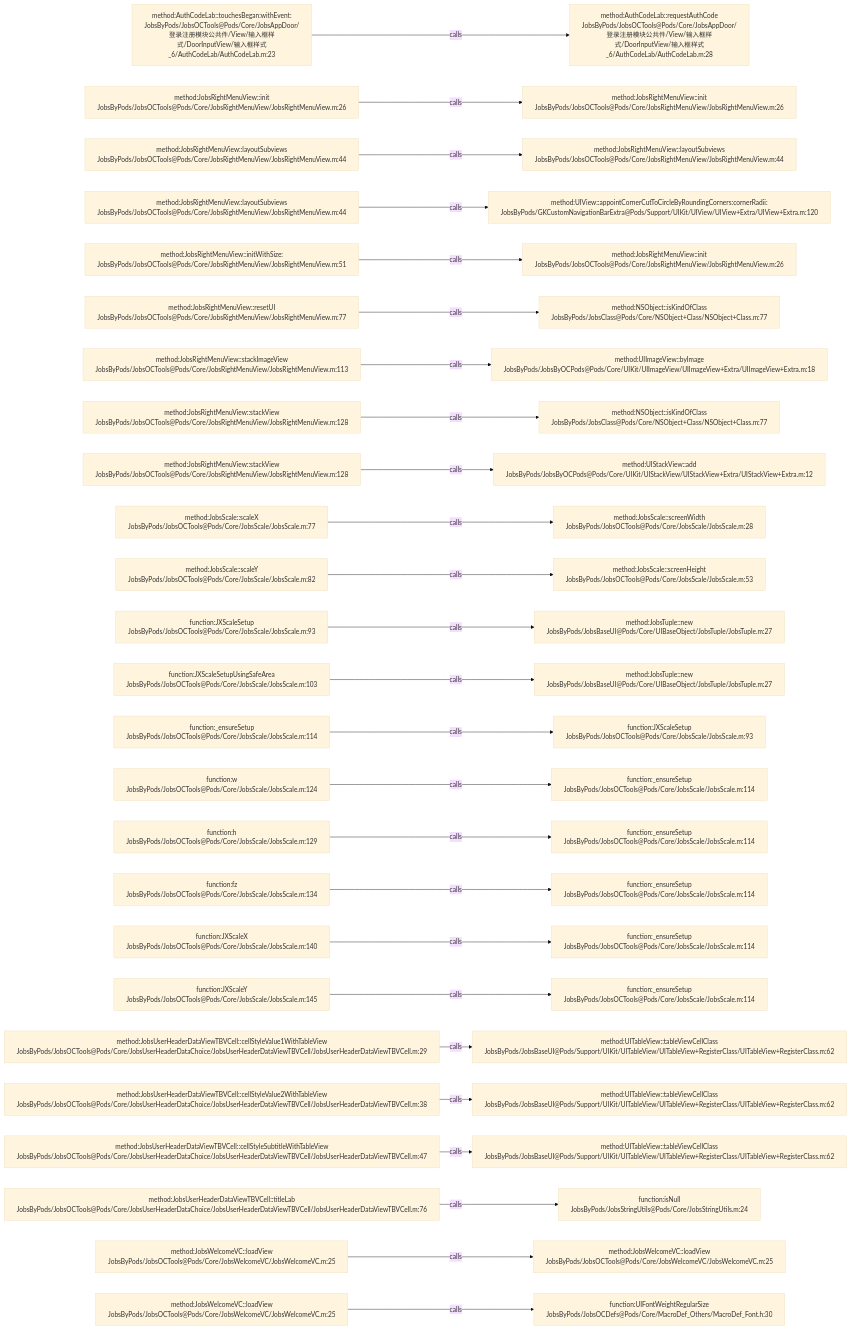
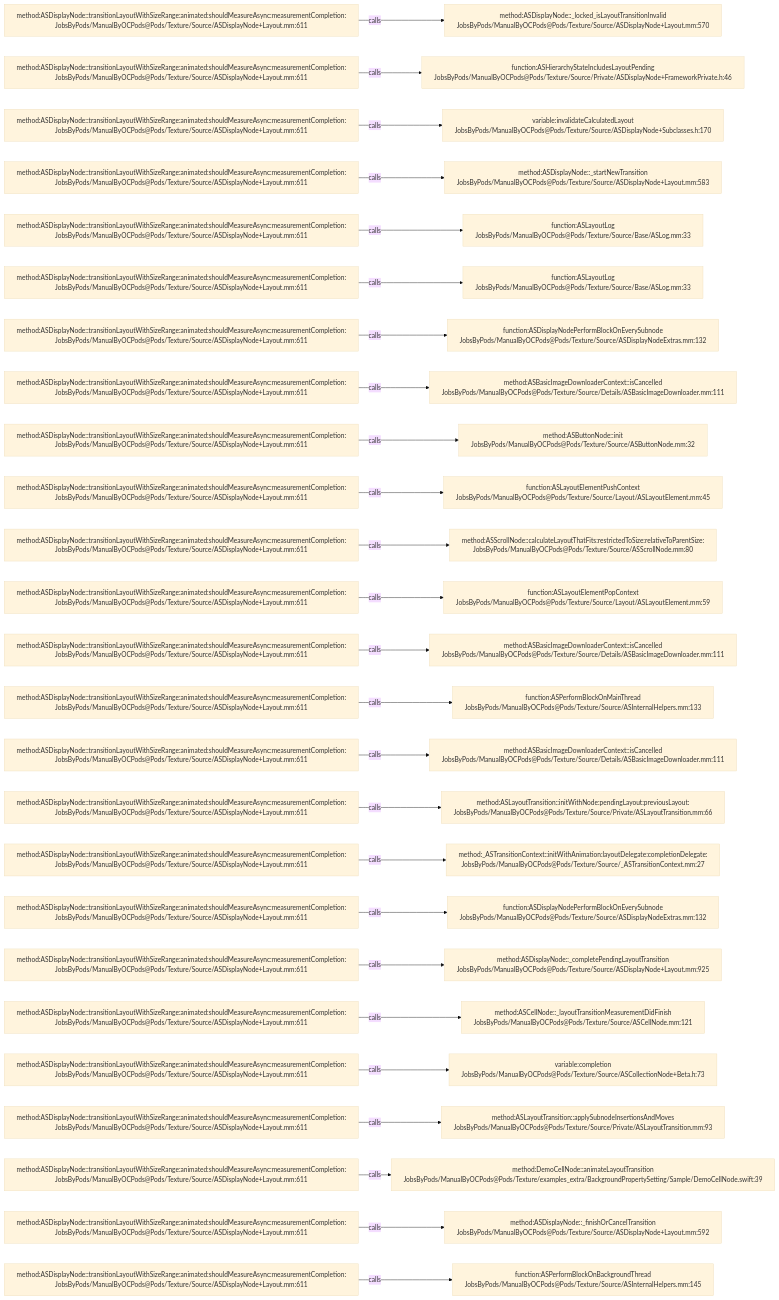
One commit to JobsKits/JobsOCBaseConfigDemo changed the diagram in .codegraph/codegraph.md/graphs/calls-100.md. Above: the diagram before and after it, drawn with Mermaid (base theme). The commit also changed 2162 other files, not shown here.

````diff
--- a/.codegraph/codegraph.md/graphs/calls-100.md
+++ b/.codegraph/codegraph.md/graphs/calls-100.md
@@ -13,78 +13,78 @@
 ```mermaid
 flowchart LR
-  S1["method:AuthCodeLab::touchesBegan:withEvent:<br/>JobsByPods/JobsOCTools@Pods/Core/JobsAppDoor/登录注册模块公共件/View/输入框样式/DoorInputView/输入框样式_6/AuthCodeLab/AuthCodeLab.m:23"]
-  T1["method:AuthCodeLab::requestAuthCode<br/>JobsByPods/JobsOCTools@Pods/Core/JobsAppDoor/登录注册模块公共件/View/输入框样式/DoorInputView/输入框样式_6/AuthCodeLab/AuthCodeLab.m:28"]
+  S1["method:ASDisplayNode::transitionLayoutWithSizeRange:animated:shouldMeasureAsync:measurementCompletion:<br/>JobsByPods/ManualByOCPods@Pods/Texture/Source/ASDisplayNode+Layout.mm:611"]
+  T1["method:ASDisplayNode::_locked_isLayoutTransitionInvalid<br/>JobsByPods/ManualByOCPods@Pods/Texture/Source/ASDisplayNode+Layout.mm:570"]
   S1 -->|calls| T1
-  S2["method:JobsRightMenuView::init<br/>JobsByPods/JobsOCTools@Pods/Core/JobsRightMenuView/JobsRightMenuView.m:26"]
-  T2["method:JobsRightMenuView::init<br/>JobsByPods/JobsOCTools@Pods/Core/JobsRightMenuView/JobsRightMenuView.m:26"]
+  S2["method:ASDisplayNode::transitionLayoutWithSizeRange:animated:shouldMeasureAsync:measurementCompletion:<br/>JobsByPods/ManualByOCPods@Pods/Texture/Source/ASDisplayNode+Layout.mm:611"]
+  T2["function:ASHierarchyStateIncludesLayoutPending<br/>JobsByPods/ManualByOCPods@Pods/Texture/Source/Private/ASDisplayNode+FrameworkPrivate.h:46"]
   S2 -->|calls| T2
-  S3["method:JobsRightMenuView::layoutSubviews<br/>JobsByPods/JobsOCTools@Pods/Core/JobsRightMenuView/JobsRightMenuView.m:44"]
-  T3["method:JobsRightMenuView::layoutSubviews<br/>JobsByPods/JobsOCTools@Pods/Core/JobsRightMenuView/JobsRightMenuView.m:44"]
+  S3["method:ASDisplayNode::transitionLayoutWithSizeRange:animated:shouldMeasureAsync:measurementCompletion:<br/>JobsByPods/ManualByOCPods@Pods/Texture/Source/ASDisplayNode+Layout.mm:611"]
+  T3["variable:invalidateCalculatedLayout<br/>JobsByPods/ManualByOCPods@Pods/Texture/Source/ASDisplayNode+Subclasses.h:170"]
   S3 -->|calls| T3
-  S4["method:JobsRightMenuView::layoutSubviews<br/>JobsByPods/JobsOCTools@Pods/Core/JobsRightMenuView/JobsRightMenuView.m:44"]
-  T4["method:UIView::appointCornerCutToCircleByRoundingCorners:cornerRadii:<br/>JobsByPods/GKCustomNavigationBarExtra@Pods/Support/UIKit/UIView/UIView+Extra/UIView+Extra.m:120"]
+  S4["method:ASDisplayNode::transitionLayoutWithSizeRange:animated:shouldMeasureAsync:measurementCompletion:<br/>JobsByPods/ManualByOCPods@Pods/Texture/Source/ASDisplayNode+Layout.mm:611"]
+  T4["method:ASDisplayNode::_startNewTransition<br/>JobsByPods/ManualByOCPods@Pods/Texture/Source/ASDisplayNode+Layout.mm:583"]
   S4 -->|calls| T4
-  S5["method:JobsRightMenuView::initWithSize:<br/>JobsByPods/JobsOCTools@Pods/Core/JobsRightMenuView/JobsRightMenuView.m:51"]
-  T5["method:JobsRightMenuView::init<br/>JobsByPods/JobsOCTools@Pods/Core/JobsRightMenuView/JobsRightMenuView.m:26"]
+  S5["method:ASDisplayNode::transitionLayoutWithSizeRange:animated:shouldMeasureAsync:measurementCompletion:<br/>JobsByPods/ManualByOCPods@Pods/Texture/Source/ASDisplayNode+Layout.mm:611"]
+  T5["function:ASLayoutLog<br/>JobsByPods/ManualByOCPods@Pods/Texture/Source/Base/ASLog.mm:33"]
   S5 -->|calls| T5
-  S6["method:JobsRightMenuView::resetUI<br/>JobsByPods/JobsOCTools@Pods/Core/JobsRightMenuView/JobsRightMenuView.m:77"]
-  T6["method:NSObject::isKindOfClass<br/>JobsByPods/JobsClass@Pods/Core/NSObject+Class/NSObject+Class.m:77"]
+  S6["method:ASDisplayNode::transitionLayoutWithSizeRange:animated:shouldMeasureAsync:measurementCompletion:<br/>JobsByPods/ManualByOCPods@Pods/Texture/Source/ASDisplayNode+Layout.mm:611"]
+  T6["function:ASLayoutLog<br/>JobsByPods/ManualByOCPods@Pods/Texture/Source/Base/ASLog.mm:33"]
   S6 -->|calls| T6
-  S7["method:JobsRightMenuView::stackImageView<br/>JobsByPods/JobsOCTools@Pods/Core/JobsRightMenuView/JobsRightMenuView.m:113"]
-  T7["method:UIImageView::byImage<br/>JobsByPods/JobsByOCPods@Pods/Core/UIKit/UIImageView/UIImageView+Extra/UIImageView+Extra.m:18"]
+  S7["method:ASDisplayNode::transitionLayoutWithSizeRange:animated:shouldMeasureAsync:measurementCompletion:<br/>JobsByPods/ManualByOCPods@Pods/Texture/Source/ASDisplayNode+Layout.mm:611"]
+  T7["function:ASDisplayNodePerformBlockOnEverySubnode<br/>JobsByPods/ManualByOCPods@Pods/Texture/Source/ASDisplayNodeExtras.mm:132"]
   S7 -->|calls| T7
-  S8["method:JobsRightMenuView::stackView<br/>JobsByPods/JobsOCTools@Pods/Core/JobsRightMenuView/JobsRightMenuView.m:128"]
-  T8["method:NSObject::isKindOfClass<br/>JobsByPods/JobsClass@Pods/Core/NSObject+Class/NSObject+Class.m:77"]
+  S8["method:ASDisplayNode::transitionLayoutWithSizeRange:animated:shouldMeasureAsync:measurementCompletion:<br/>JobsByPods/ManualByOCPods@Pods/Texture/Source/ASDisplayNode+Layout.mm:611"]
+  T8["method:ASBasicImageDownloaderContext::isCancelled<br/>JobsByPods/ManualByOCPods@Pods/Texture/Source/Details/ASBasicImageDownloader.mm:111"]
   S8 -->|calls| T8
-  S9["method:JobsRightMenuView::stackView<br/>JobsByPods/JobsOCTools@Pods/Core/JobsRightMenuView/JobsRightMenuView.m:128"]
-  T9["method:UIStackView::add<br/>JobsByPods/JobsByOCPods@Pods/Core/UIKit/UIStackView/UIStackView+Extra/UIStackView+Extra.m:12"]
+  S9["method:ASDisplayNode::transitionLayoutWithSizeRange:animated:shouldMeasureAsync:measurementCompletion:<br/>JobsByPods/ManualByOCPods@Pods/Texture/Source/ASDisplayNode+Layout.mm:611"]
+  T9["method:ASButtonNode::init<br/>JobsByPods/ManualByOCPods@Pods/Texture/Source/ASButtonNode.mm:32"]
   S9 -->|calls| T9
-  S10["method:JobsScale::scaleX<br/>JobsByPods/JobsOCTools@Pods/Core/JobsScale/JobsScale.m:77"]
-  T10["method:JobsScale::screenWidth<br/>JobsByPods/JobsOCTools@Pods/Core/JobsScale/JobsScale.m:28"]
+  S10["method:ASDisplayNode::transitionLayoutWithSizeRange:animated:shouldMeasureAsync:measurementCompletion:<br/>JobsByPods/ManualByOCPods@Pods/Texture/Source/ASDisplayNode+Layout.mm:611"]
+  T10["function:ASLayoutElementPushContext<br/>JobsByPods/ManualByOCPods@Pods/Texture/Source/Layout/ASLayoutElement.mm:45"]
   S10 -->|calls| T10
-  S11["method:JobsScale::scaleY<br/>JobsByPods/JobsOCTools@Pods/Core/JobsScale/JobsScale.m:82"]
-  T11["method:JobsScale::screenHeight<br/>JobsByPods/JobsOCTools@Pods/Core/JobsScale/JobsScale.m:53"]
+  S11["method:ASDisplayNode::transitionLayoutWithSizeRange:animated:shouldMeasureAsync:measurementCompletion:<br/>JobsByPods/ManualByOCPods@Pods/Texture/Source/ASDisplayNode+Layout.mm:611"]
+  T11["method:ASScrollNode::calculateLayoutThatFits:restrictedToSize:relativeToParentSize:<br/>JobsByPods/ManualByOCPods@Pods/Texture/Source/ASScrollNode.mm:80"]
   S11 -->|calls| T11
-  S12["function:JXScaleSetup<br/>JobsByPods/JobsOCTools@Pods/Core/JobsScale/JobsScale.m:93"]
-  T12["method:JobsTuple::new<br/>JobsByPods/JobsBaseUI@Pods/Core/UIBaseObject/JobsTuple/JobsTuple.m:27"]
+  S12["method:ASDisplayNode::transitionLayoutWithSizeRange:animated:shouldMeasureAsync:measurementCompletion:<br/>JobsByPods/ManualByOCPods@Pods/Texture/Source/ASDisplayNode+Layout.mm:611"]
+  T12["function:ASLayoutElementPopContext<br/>JobsByPods/ManualByOCPods@Pods/Texture/Source/Layout/ASLayoutElement.mm:59"]
   S12 -->|calls| T12
-  S13["function:JXScaleSetupUsingSafeArea<br/>JobsByPods/JobsOCTools@Pods/Core/JobsScale/JobsScale.m:103"]
-  T13["method:JobsTuple::new<br/>JobsByPods/JobsBaseUI@Pods/Core/UIBaseObject/JobsTuple/JobsTuple.m:27"]
+  S13["method:ASDisplayNode::transitionLayoutWithSizeRange:animated:shouldMeasureAsync:measurementCompletion:<br/>JobsByPods/ManualByOCPods@Pods/Texture/Source/ASDisplayNode+Layout.mm:611"]
+  T13["method:ASBasicImageDownloaderContext::isCancelled<br/>JobsByPods/ManualByOCPods@Pods/Texture/Source/Details/ASBasicImageDownloader.mm:111"]
   S13 -->|calls| T13
-  S14["function:_ensureSetup<br/>JobsByPods/JobsOCTools@Pods/Core/JobsScale/JobsScale.m:114"]
-  T14["function:JXScaleSetup<br/>JobsByPods/JobsOCTools@Pods/Core/JobsScale/JobsScale.m:93"]
+  S14["method:ASDisplayNode::transitionLayoutWithSizeRange:animated:shouldMeasureAsync:measurementCompletion:<br/>JobsByPods/ManualByOCPods@Pods/Texture/Source/ASDisplayNode+Layout.mm:611"]
+  T14["function:ASPerformBlockOnMainThread<br/>JobsByPods/ManualByOCPods@Pods/Texture/Source/ASInternalHelpers.mm:133"]
   S14 -->|calls| T14
-  S15["function:w<br/>JobsByPods/JobsOCTools@Pods/Core/JobsScale/JobsScale.m:124"]
-  T15["function:_ensureSetup<br/>JobsByPods/JobsOCTools@Pods/Core/JobsScale/JobsScale.m:114"]
+  S15["method:ASDisplayNode::transitionLayoutWithSizeRange:animated:shouldMeasureAsync:measurementCompletion:<br/>JobsByPods/ManualByOCPods@Pods/Texture/Source/ASDisplayNode+Layout.mm:611"]
+  T15["method:ASBasicImageDownloaderContext::isCancelled<br/>JobsByPods/ManualByOCPods@Pods/Texture/Source/Details/ASBasicImageDownloader.mm:111"]
   S15 -->|calls| T15
-  S16["function:h<br/>JobsByPods/JobsOCTools@Pods/Core/JobsScale/JobsScale.m:129"]
-  T16["function:_ensureSetup<br/>JobsByPods/JobsOCTools@Pods/Core/JobsScale/JobsScale.m:114"]
+  S16["method:ASDisplayNode::transitionLayoutWithSizeRange:animated:shouldMeasureAsync:measurementCompletion:<br/>JobsByPods/ManualByOCPods@Pods/Texture/Source/ASDisplayNode+Layout.mm:611"]
+  T16["method:ASLayoutTransition::initWithNode:pendingLayout:previousLayout:<br/>JobsByPods/ManualByOCPods@Pods/Texture/Source/Private/ASLayoutTransition.mm:66"]
   S16 -->|calls| T16
-  S17["function:fz<br/>JobsByPods/JobsOCTools@Pods/Core/JobsScale/JobsScale.m:134"]
-  T17["function:_ensureSetup<br/>JobsByPods/JobsOCTools@Pods/Core/JobsScale/JobsScale.m:114"]
+  S17["method:ASDisplayNode::transitionLayoutWithSizeRange:animated:shouldMeasureAsync:measurementCompletion:<br/>JobsByPods/ManualByOCPods@Pods/Texture/Source/ASDisplayNode+Layout.mm:611"]
+  T17["method:_ASTransitionContext::initWithAnimation:layoutDelegate:completionDelegate:<br/>JobsByPods/ManualByOCPods@Pods/Texture/Source/_ASTransitionContext.mm:27"]
   S17 -->|calls| T17
-  S18["function:JXScaleX<br/>JobsByPods/JobsOCTools@Pods/Core/JobsScale/JobsScale.m:140"]
-  T18["function:_ensureSetup<br/>JobsByPods/JobsOCTools@Pods/Core/JobsScale/JobsScale.m:114"]
+  S18["method:ASDisplayNode::transitionLayoutWithSizeRange:animated:shouldMeasureAsync:measurementCompletion:<br/>JobsByPods/ManualByOCPods@Pods/Texture/Source/ASDisplayNode+Layout.mm:611"]
+  T18["function:ASDisplayNodePerformBlockOnEverySubnode<br/>JobsByPods/ManualByOCPods@Pods/Texture/Source/ASDisplayNodeExtras.mm:132"]
   S18 -->|calls| T18
-  S19["function:JXScaleY<br/>JobsByPods/JobsOCTools@Pods/Core/JobsScale/JobsScale.m:145"]
-  T19["function:_ensureSetup<br/>JobsByPods/JobsOCTools@Pods/Core/JobsScale/JobsScale.m:114"]
+  S19["method:ASDisplayNode::transitionLayoutWithSizeRange:animated:shouldMeasureAsync:measurementCompletion:<br/>JobsByPods/ManualByOCPods@Pods/Texture/Source/ASDisplayNode+Layout.mm:611"]
+  T19["method:ASDisplayNode::_completePendingLayoutTransition<br/>JobsByPods/ManualByOCPods@Pods/Texture/Source/ASDisplayNode+Layout.mm:925"]
   S19 -->|calls| T19
-  S20["method:JobsUserHeaderDataViewTBVCell::cellStyleValue1WithTableView<br/>JobsByPods/JobsOCTools@Pods/Core/JobsUserHeaderDataChoice/JobsUserHeaderDataViewTBVCell/JobsUserHeaderDataViewTBVCell.m:29"]
-  T20["method:UITableView::tableViewCellClass<br/>JobsByPods/JobsBaseUI@Pods/Support/UIKit/UITableView/UITableView+RegisterClass/UITableView+RegisterClass.m:62"]
+  S20["method:ASDisplayNode::transitionLayoutWithSizeRange:animated:shouldMeasureAsync:measurementCompletion:<br/>JobsByPods/ManualByOCPods@Pods/Texture/Source/ASDisplayNode+Layout.mm:611"]
+  T20["method:ASCellNode::_layoutTransitionMeasurementDidFinish<br/>JobsByPods/ManualByOCPods@Pods/Texture/Source/ASCellNode.mm:121"]
   S20 -->|calls| T20
-  S21["method:JobsUserHeaderDataViewTBVCell::cellStyleValue2WithTableView<br/>JobsByPods/JobsOCTools@Pods/Core/JobsUserHeaderDataChoice/JobsUserHeaderDataViewTBVCell/JobsUserHeaderDataViewTBVCell.m:38"]
-  T21["method:UITableView::tableViewCellClass<br/>JobsByPods/JobsBaseUI@Pods/Support/UIKit/UITableView/UITableView+RegisterClass/UITableView+RegisterClass.m:62"]
+  S21["method:ASDisplayNode::transitionLayoutWithSizeRange:animated:shouldMeasureAsync:measurementCompletion:<br/>JobsByPods/ManualByOCPods@Pods/Texture/Source/ASDisplayNode+Layout.mm:611"]
+  T21["variable:completion<br/>JobsByPods/ManualByOCPods@Pods/Texture/Source/ASCollectionNode+Beta.h:73"]
   S21 -->|calls| T21
-  S22["method:JobsUserHeaderDataViewTBVCell::cellStyleSubtitleWithTableView<br/>JobsByPods/JobsOCTools@Pods/Core/JobsUserHeaderDataChoice/JobsUserHeaderDataViewTBVCell/JobsUserHeaderDataViewTBVCell.m:47"]
-  T22["method:UITableView::tableViewCellClass<br/>JobsByPods/JobsBaseUI@Pods/Support/UIKit/UITableView/UITableView+RegisterClass/UITableView+RegisterClass.m:62"]
+  S22["method:ASDisplayNode::transitionLayoutWithSizeRange:animated:shouldMeasureAsync:measurementCompletion:<br/>JobsByPods/ManualByOCPods@Pods/Texture/Source/ASDisplayNode+Layout.mm:611"]
+  T22["method:ASLayoutTransition::applySubnodeInsertionsAndMoves<br/>JobsByPods/ManualByOCPods@Pods/Texture/Source/Private/ASLayoutTransition.mm:93"]
   S22 -->|calls| T22
-  S23["method:JobsUserHeaderDataViewTBVCell::titleLab<br/>JobsByPods/JobsOCTools@Pods/Core/JobsUserHeaderDataChoice/JobsUserHeaderDataViewTBVCell/JobsUserHeaderDataViewTBVCell.m:76"]
-  T23["function:isNull<br/>JobsByPods/JobsStringUtils@Pods/Core/JobsStringUtils.m:24"]
+  S23["method:ASDisplayNode::transitionLayoutWithSizeRange:animated:shouldMeasureAsync:measurementCompletion:<br/>JobsByPods/ManualByOCPods@Pods/Texture/Source/ASDisplayNode+Layout.mm:611"]
+  T23["method:DemoCellNode::animateLayoutTransition<br/>JobsByPods/ManualByOCPods@Pods/Texture/examples_extra/BackgroundPropertySetting/Sample/DemoCellNode.swift:39"]
   S23 -->|calls| T23
-  S24["method:JobsWelcomeVC::loadView<br/>JobsByPods/JobsOCTools@Pods/Core/JobsWelcomeVC/JobsWelcomeVC.m:25"]
-  T24["method:JobsWelcomeVC::loadView<br/>JobsByPods/JobsOCTools@Pods/Core/JobsWelcomeVC/JobsWelcomeVC.m:25"]
+  S24["method:ASDisplayNode::transitionLayoutWithSizeRange:animated:shouldMeasureAsync:measurementCompletion:<br/>JobsByPods/ManualByOCPods@Pods/Texture/Source/ASDisplayNode+Layout.mm:611"]
+  T24["method:ASDisplayNode::_finishOrCancelTransition<br/>JobsByPods/ManualByOCPods@Pods/Texture/Source/ASDisplayNode+Layout.mm:592"]
   S24 -->|calls| T24
-  S25["method:JobsWelcomeVC::loadView<br/>JobsByPods/JobsOCTools@Pods/Core/JobsWelcomeVC/JobsWelcomeVC.m:25"]
-  T25["function:UIFontWeightRegularSize<br/>JobsByPods/JobsOCDefs@Pods/Core/MacroDef_Others/MacroDef_Font.h:30"]
+  S25["method:ASDisplayNode::transitionLayoutWithSizeRange:animated:shouldMeasureAsync:measurementCompletion:<br/>JobsByPods/ManualByOCPods@Pods/Texture/Source/ASDisplayNode+Layout.mm:611"]
+  T25["function:ASPerformBlockOnBackgroundThread<br/>JobsByPods/ManualByOCPods@Pods/Texture/Source/ASInternalHelpers.mm:145"]
   S25 -->|calls| T25
 ```
````
